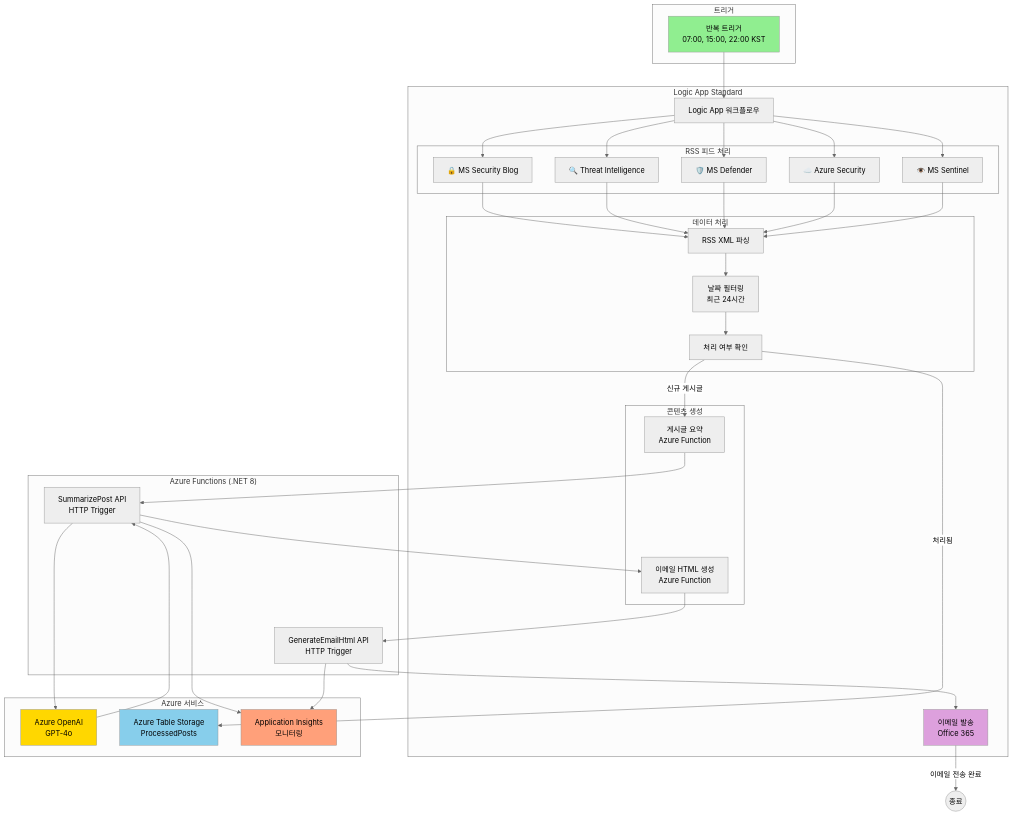
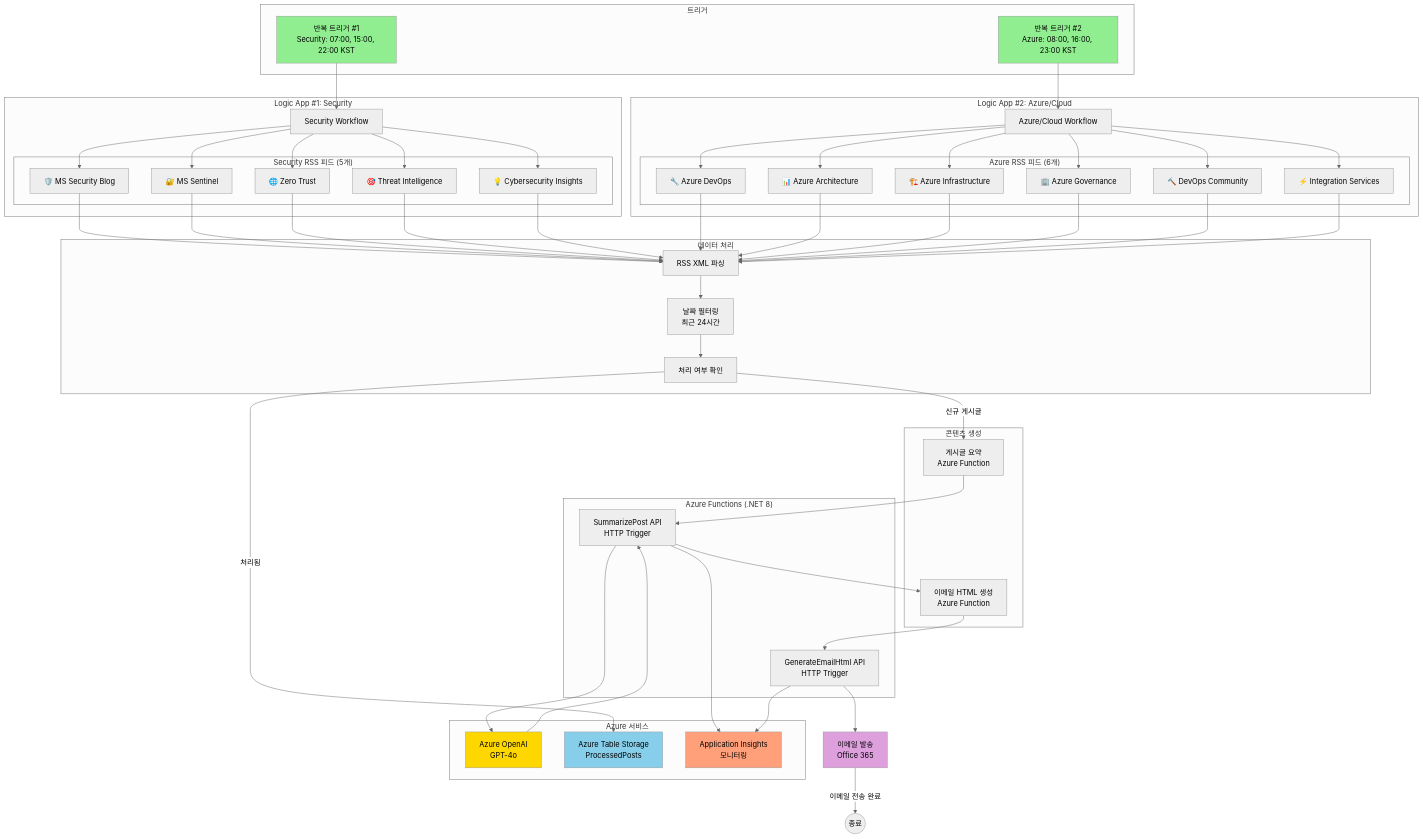
One commit to zer0big/azure-security-blog-automation changed the first of 4 diagrams in docs/아키텍처.md. Above: the diagram before and after it, drawn with Mermaid (neutral theme). The commit also changed other lines of this file and 3 other files, not shown here.

First line of the commit message:
문서 현행화: 듀얼 Logic App 워크플로우 아키텍처 반영

````diff
--- a/docs/아키텍처.md
+++ b/docs/아키텍처.md
@@ -9,64 +18,82 @@
 ```mermaid
 graph TB
     subgraph "트리거"
-        T1[반복 트리거<br/>07:00, 15:00, 22:00 KST]
+        T1[반복 트리거 #1<br/>Security: 07:00, 15:00, 22:00 KST]
+        T2[반복 트리거 #2<br/>Azure: 08:00, 16:00, 23:00 KST]
     end
     
-    subgraph "Logic App Standard"
-        LA[Logic App 워크플로우]
+    subgraph "Logic App #1: Security"
+        LA1[Security Workflow]
         
-        subgraph "RSS 피드 처리"
-            RSS1[🔒 MS Security Blog]
-            RSS2[🔍 Threat Intelligence]
-            RSS3[🛡️ MS Defender]
-            RSS4[☁️ Azure Security]
-            RSS5[👁️ MS Sentinel]
+        subgraph "Security RSS 피드 (5개)"
+            RSS1[🛡️ MS Security Blog]
+            RSS2[🔐 MS Sentinel]
+            RSS3[🌐 Zero Trust]
+            RSS4[🎯 Threat Intelligence]
+            RSS5[💡 Cybersecurity Insights]
         end
+    end
+    
+    subgraph "Logic App #2: Azure/Cloud"
+        LA2[Azure/Cloud Workflow]
         
-        subgraph "데이터 처리"
-            PARSE[RSS XML 파싱]
-            FILTER[날짜 필터링<br/>최근 24시간]
-            CHECK[처리 여부 확인]
+        subgraph "Azure RSS 피드 (6개)"
+            RSS6[🔧 Azure DevOps]
+            RSS7[📊 Azure Architecture]
+            RSS8[🏗️ Azure Infrastructure]
+            RSS9[🏢 Azure Governance]
+            RSS10[🔨 DevOps Community]
+            RSS11[⚡ Integration Services]
         end
-        
-        subgraph "콘텐츠 생성"
-            SUM[게시글 요약<br/>Azure Function]
-            GEN[이메일 HTML 생성<br/>Azure Function]
-        end
-        
-        SEND[이메일 발송<br/>Office 365]
     end
+    
+    subgraph "데이터 처리"
+        PARSE[RSS XML 파싱]
+        FILTER[날짜 필터링<br/>최근 24시간]
+        CHECK[처리 여부 확인]
+    end
+    
+    subgraph "콘텐츠 생성"
+        SUM[게시글 요약<br/>Azure Function]
+        GEN[이메일 HTML 생성<br/>Azure Function]
+    end
+    
+    SEND[이메일 발송<br/>Office 365]
     
     subgraph "Azure Functions (.NET 8)"
         F1[SummarizePost API<br/>HTTP Trigger]
         F2[GenerateEmailHtml API<br/>HTTP Trigger]
     end
     
     subgraph "Azure 서비스"
         AOAI[Azure OpenAI<br/>GPT-4o]
         STORAGE[Azure Table Storage<br/>ProcessedPosts]
         APPINS[Application Insights<br/>모니터링]
     end
     
-    T1 --> LA
-    LA --> RSS1 & RSS2 & RSS3 & RSS4 & RSS5
+    T1 --> LA1
+    T2 --> LA2
+    LA1 --> RSS1 & RSS2 & RSS3 & RSS4 & RSS5
+    LA2 --> RSS6 & RSS7 & RSS8 & RSS9 & RSS10 & RSS11
     RSS1 & RSS2 & RSS3 & RSS4 & RSS5 --> PARSE
+    RSS6 & RSS7 & RSS8 & RSS9 & RSS10 & RSS11 --> PARSE
     PARSE --> FILTER
     FILTER --> CHECK
     CHECK -->|신규 게시글| SUM
     CHECK -->|처리됨| STORAGE
     SUM --> F1
     F1 --> AOAI
     AOAI --> F1
     F1 --> GEN
     GEN --> F2
     F2 --> SEND
     SEND -->|이메일 전송 완료| END((종료))
     F1 & F2 --> APPINS
     
     style T1 fill:#90EE90
+    style T2 fill:#90EE90
     style AOAI fill:#FFD700
     style STORAGE fill:#87CEEB
     style APPINS fill:#FFA07A
     style SEND fill:#DDA0DD
 ```
````
